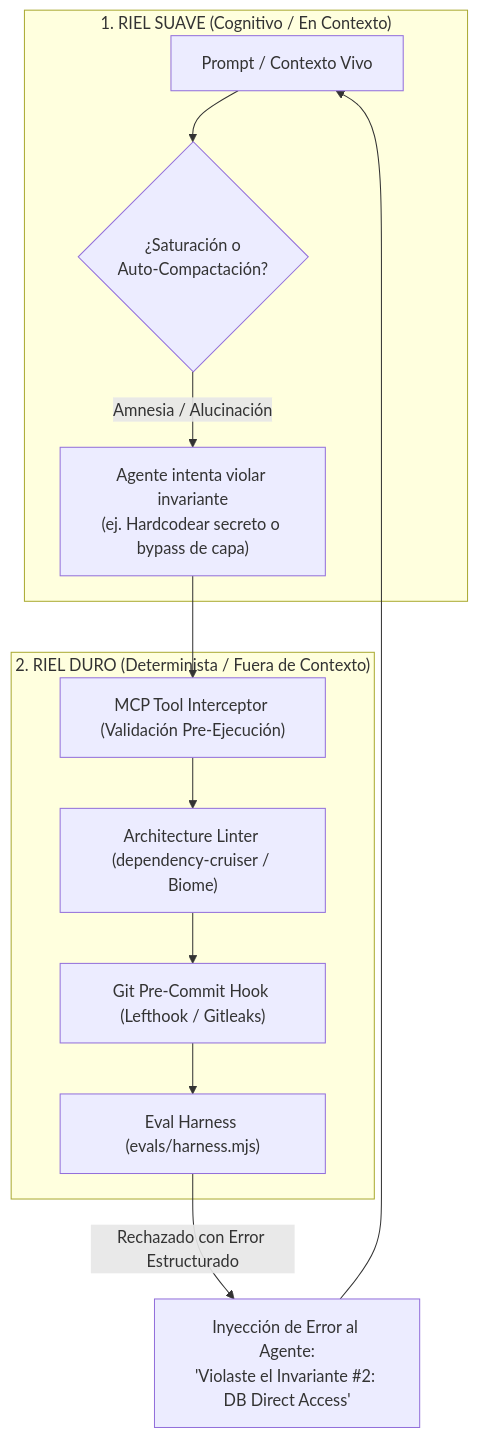
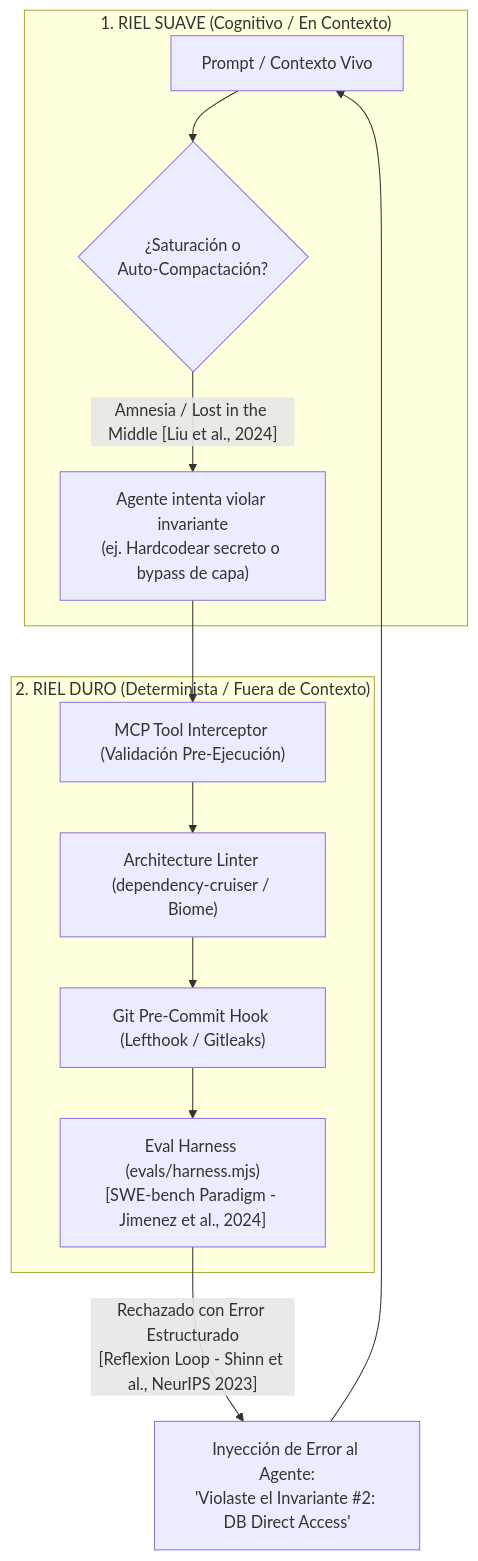
One commit to trautslab/ai-sdlc-framework changed the first of 3 diagrams in docs/deep-dives/02-CONTEXT-GOVERNANCE-TOKENOMICS-AND-PLATFORMS.md. Above: the diagram before and after it, drawn with Mermaid. The commit also changed other lines of this file, not shown here.

````diff
--- a/docs/deep-dives/02-CONTEXT-GOVERNANCE-TOKENOMICS-AND-PLATFORMS.md
+++ b/docs/deep-dives/02-CONTEXT-GOVERNANCE-TOKENOMICS-AND-PLATFORMS.md
@@ -11,17 +15,17 @@
 ```mermaid
 flowchart TD
     subgraph LLM_CONTEXT["1. RIEL SUAVE (Cognitivo / En Contexto)"]
         A["Prompt / Contexto Vivo"] --> B{"¿Saturación o\nAuto-Compactación?"}
-        B -- Amnesia / Alucinación --> C["Agente intenta violar invariante\n(ej. Hardcodear secreto o bypass de capa)"]
+        B -- "Amnesia / Lost in the Middle [Liu et al., 2024]" --> C["Agente intenta violar invariante\n(ej. Hardcodear secreto o bypass de capa)"]
     end
 
     subgraph DETERMINISTIC_GATES["2. RIEL DURO (Determinista / Fuera de Contexto)"]
         C --> D["MCP Tool Interceptor (Validación Pre-Ejecución)"]
         D --> E["Architecture Linter (dependency-cruiser / Biome)"]
         E --> F["Git Pre-Commit Hook (Lefthook / Gitleaks)"]
-        F --> G["Eval Harness (evals/harness.mjs)"]
+        F --> G["Eval Harness (evals/harness.mjs)\n[SWE-bench Paradigm - Jimenez et al., 2024]"]
     end
 
-    G -- Rechazado con Error Estructurado --> H["Inyección de Error al Agente:\n'Violaste el Invariante #2: DB Direct Access'"]
+    G -- "Rechazado con Error Estructurado\n[Reflexion Loop - Shinn et al., NeurIPS 2023]" --> H["Inyección de Error al Agente:\n'Violaste el Invariante #2: DB Direct Access'"]
     H --> A
 ```
````
